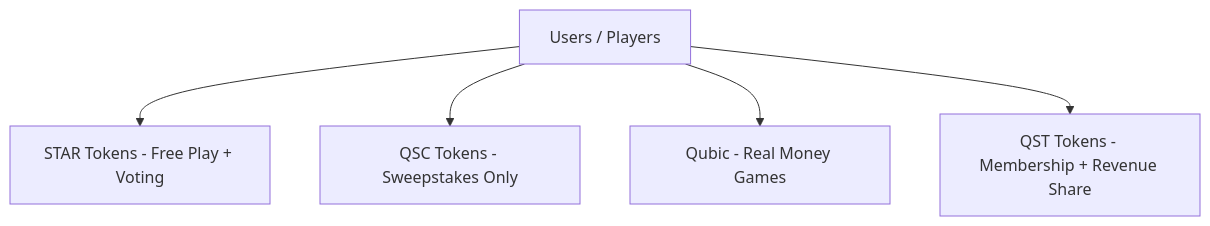
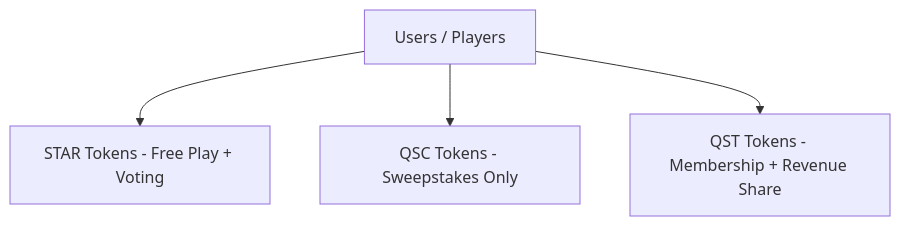
One commit to nineisten/qusino changed the first of 5 diagrams in README.md. Above: the diagram before and after it, drawn with Mermaid. The commit also changed other lines of this file, not shown here.

````diff
--- a/README.md
+++ b/README.md
@@ -19,10 +19,9 @@
 ```mermaid
 flowchart TD
     A[Users / Players] --> B[STAR Tokens - Free Play + Voting]
     A --> C[QSC Tokens - Sweepstakes Only]
-    A --> D[Qubic - Real Money Games]
-    A --> E[QST Tokens - Membership + Revenue Share]
+    A --> D[QST Tokens - Membership + Revenue Share]
 
 
 
 ```
````
